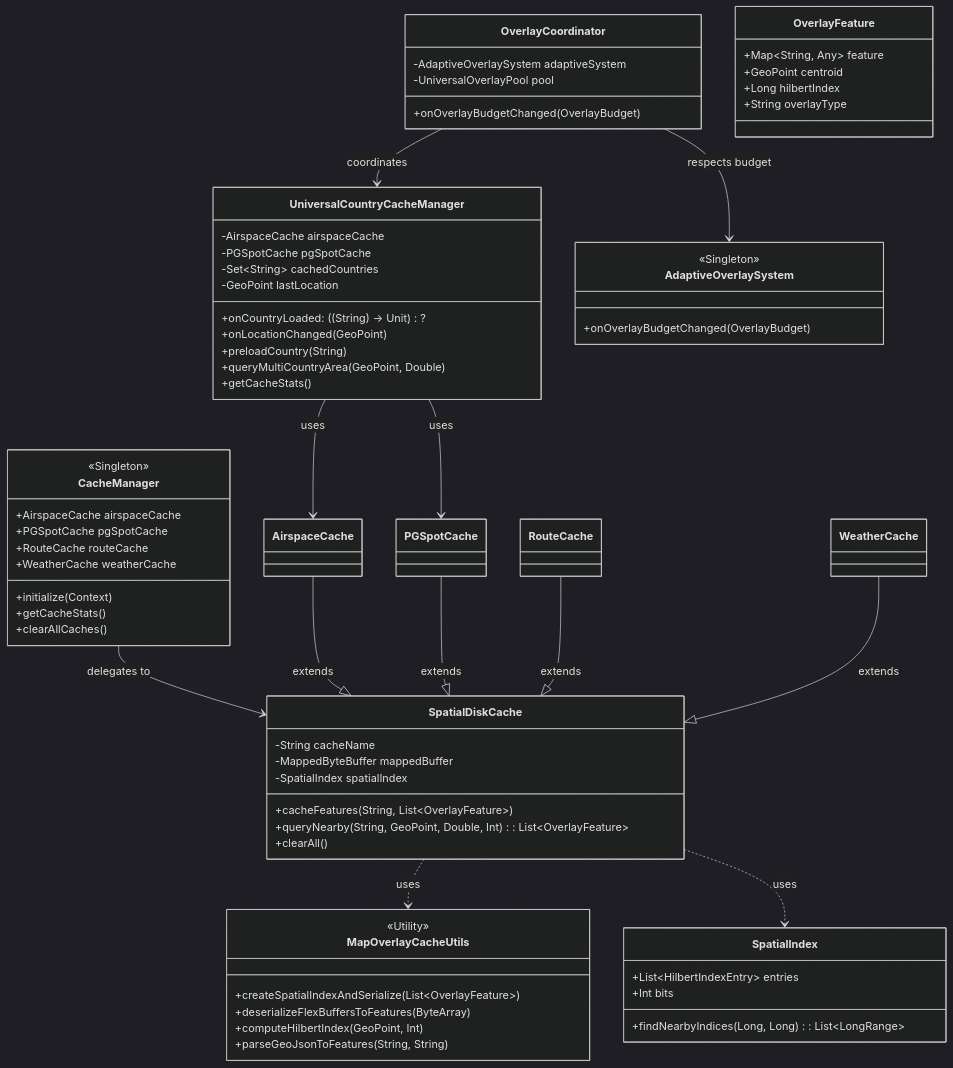
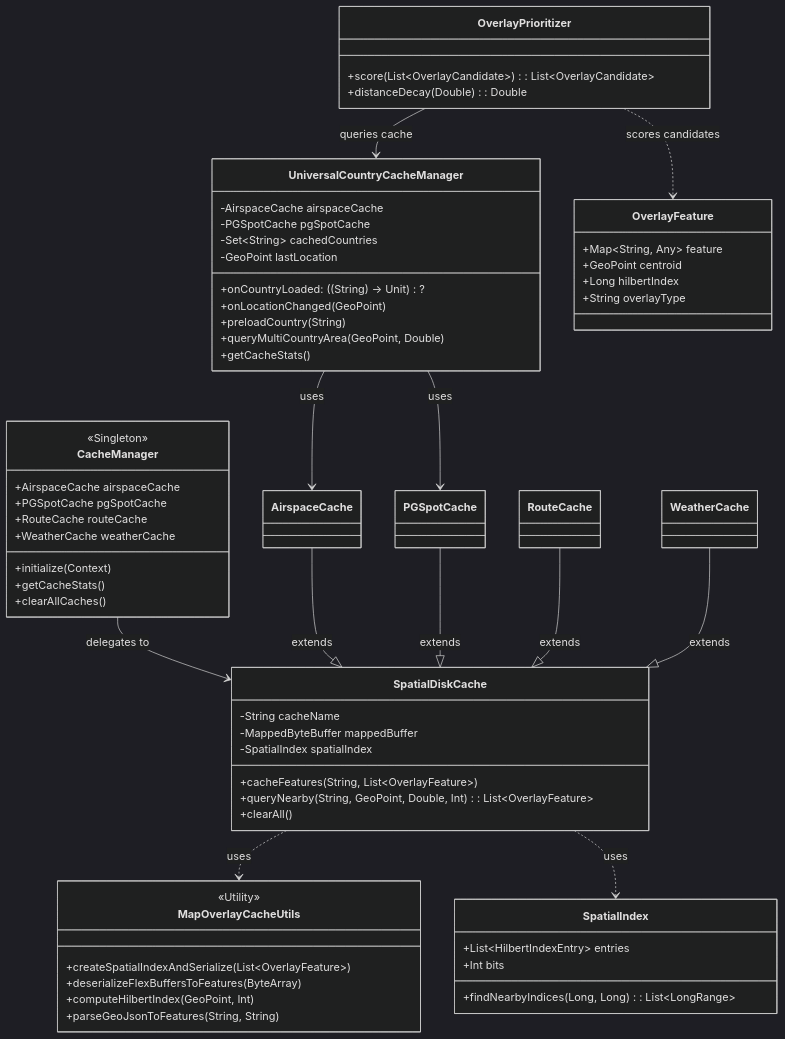
One commit to raghumad/Tern changed the first of 2 diagrams in docs/architecture/caching.md. Above: the diagram before and after it, drawn with Mermaid (dark theme). The commit also changed other lines of this file and 9 other files, not shown here.

````diff
--- a/docs/architecture/caching.md
+++ b/docs/architecture/caching.md
@@ -7,81 +7,75 @@
 ```mermaid
 classDiagram
     class CacheManager {
         <<Singleton>>
         +AirspaceCache airspaceCache
         +PGSpotCache pgSpotCache
         +RouteCache routeCache
         +WeatherCache weatherCache
         +initialize(Context)
         +getCacheStats()
         +clearAllCaches()
     }
 
     class SpatialDiskCache {
         -String cacheName
         -MappedByteBuffer mappedBuffer
         -SpatialIndex spatialIndex
         +cacheFeatures(String, List~OverlayFeature~)
         +queryNearby(String, GeoPoint, Double, Int): List~OverlayFeature~
         +clearAll()
     }
 
     class UniversalCountryCacheManager {
         -AirspaceCache airspaceCache
         -PGSpotCache pgSpotCache
         -Set~String~ cachedCountries
         -GeoPoint lastLocation
         +onCountryLoaded: ((String) -> Unit)?
         +onLocationChanged(GeoPoint)
         +preloadCountry(String)
         +queryMultiCountryArea(GeoPoint, Double)
         +getCacheStats()
     }
 
-    class AdaptiveOverlaySystem {
-        <<Singleton>>
-        +onOverlayBudgetChanged(OverlayBudget)
-    }
-
-    class OverlayCoordinator {
-        -AdaptiveOverlaySystem adaptiveSystem
-        -UniversalOverlayPool pool
-        +onOverlayBudgetChanged(OverlayBudget)
+    class OverlayPrioritizer {
+        +score(List~OverlayCandidate~): List~OverlayCandidate~
+        +distanceDecay(Double): Double
     }
 
     class MapOverlayCacheUtils {
         <<Utility>>
         +createSpatialIndexAndSerialize(List~OverlayFeature~)
         +deserializeFlexBuffersToFeatures(ByteArray)
         +computeHilbertIndex(GeoPoint, Int)
         +parseGeoJsonToFeatures(String, String)
     }
 
     class OverlayFeature {
         +Map~String, Any~ feature
         +GeoPoint centroid
         +Long hilbertIndex
         +String overlayType
     }
 
     class SpatialIndex {
         +List~HilbertIndexEntry~ entries
         +Int bits
         +findNearbyIndices(Long, Long): List~LongRange~
     }
 
     CacheManager --> SpatialDiskCache : delegates to
     AirspaceCache --|> SpatialDiskCache : extends
     PGSpotCache --|> SpatialDiskCache : extends
     RouteCache --|> SpatialDiskCache : extends
     WeatherCache --|> SpatialDiskCache : extends
     
     UniversalCountryCacheManager --> AirspaceCache : uses
     UniversalCountryCacheManager --> PGSpotCache : uses
     
     SpatialDiskCache ..> MapOverlayCacheUtils : uses
     SpatialDiskCache ..> SpatialIndex : uses
     
-    OverlayCoordinator --> UniversalCountryCacheManager : coordinates
-    OverlayCoordinator --> AdaptiveOverlaySystem : respects budget
+    OverlayPrioritizer --> UniversalCountryCacheManager : queries cache
+    OverlayPrioritizer ..> OverlayFeature : scores candidates
 ```
````
